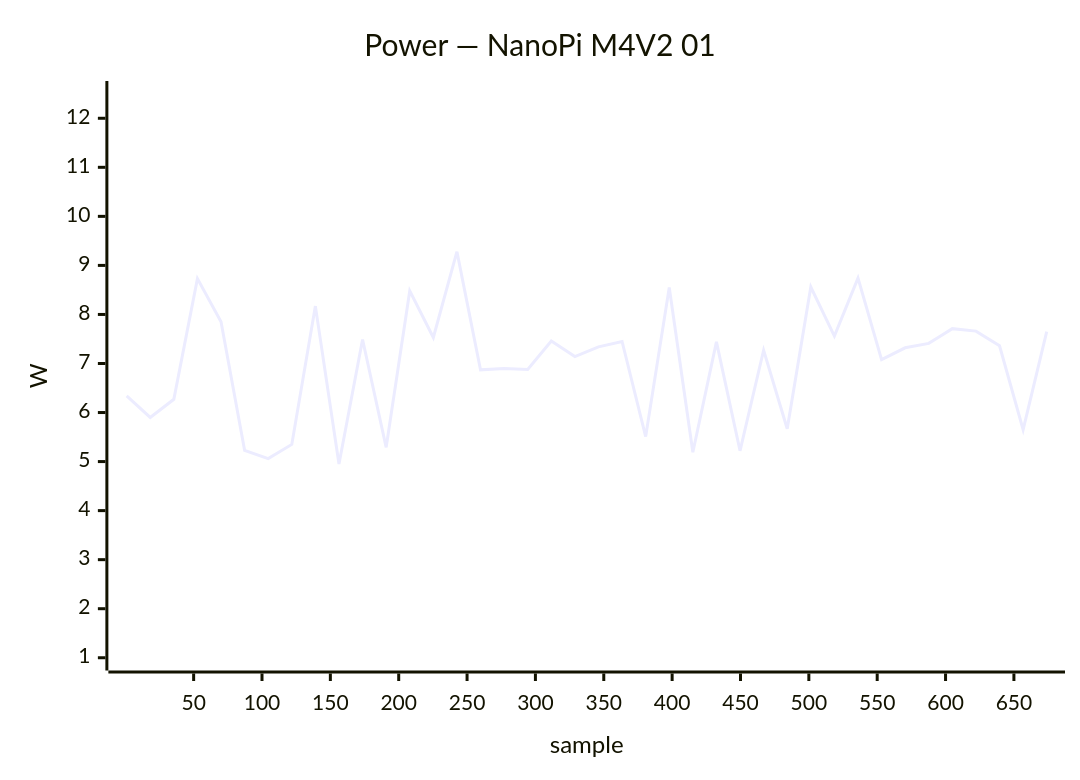
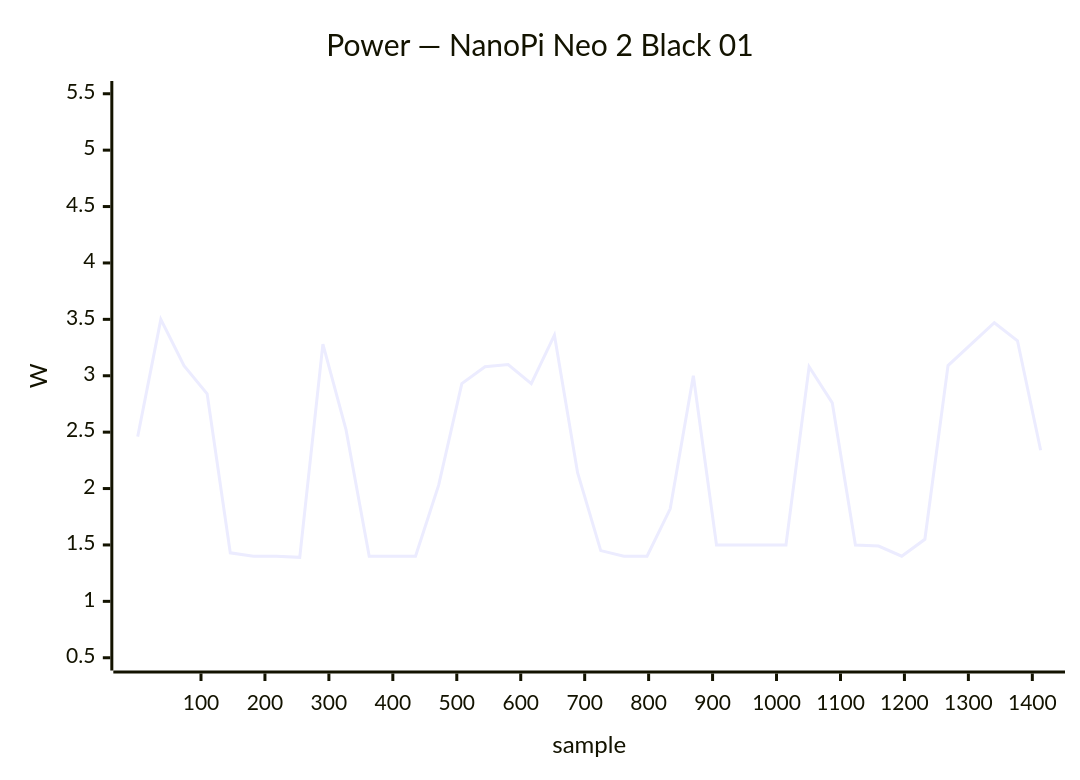
Before and after one commit to armbian/documentation: the second of 34 diagrams in docs/status/board-tests.md, drawn with Mermaid. The commit also changed other lines of this file, not shown here.

````diff
--- a/docs/status/board-tests.md
+++ b/docs/status/board-tests.md
@@ -134,7 +139,7 @@
 ```mermaid
 xychart-beta
-    title "Power — NanoPi M4V2 01"
-    x-axis "sample" 1 --> 674
-    y-axis "W" 1.0 --> 12.5
-    line [6.34, 5.90, 6.27, 8.73, 7.85, 5.23, 5.06, 5.35, 8.17, 4.95, 7.49, 5.29, 8.48, 7.53, 9.28, 6.87, 6.90, 6.88, 7.46, 7.14, 7.34, 7.45, 5.51, 8.55, 5.19, 7.44, 5.22, 7.27, 5.67, 8.56, 7.56, 8.74, 7.08, 7.32, 7.41, 7.71, 7.66, 7.36, 5.65, 7.65]
+    title "Power — NanoPi Neo 2 Black 01"
+    x-axis "sample" 1 --> 1413
+    y-axis "W" 0.5 --> 5.5
+    line [2.46, 3.50, 3.09, 2.84, 1.43, 1.40, 1.40, 1.39, 3.28, 2.52, 1.40, 1.40, 1.40, 2.03, 2.93, 3.08, 3.10, 2.93, 3.36, 2.14, 1.45, 1.40, 1.40, 1.82, 3.00, 1.50, 1.50, 1.50, 1.50, 3.08, 2.76, 1.50, 1.49, 1.40, 1.55, 3.09, 3.28, 3.47, 3.31, 2.34]
 ```
````
